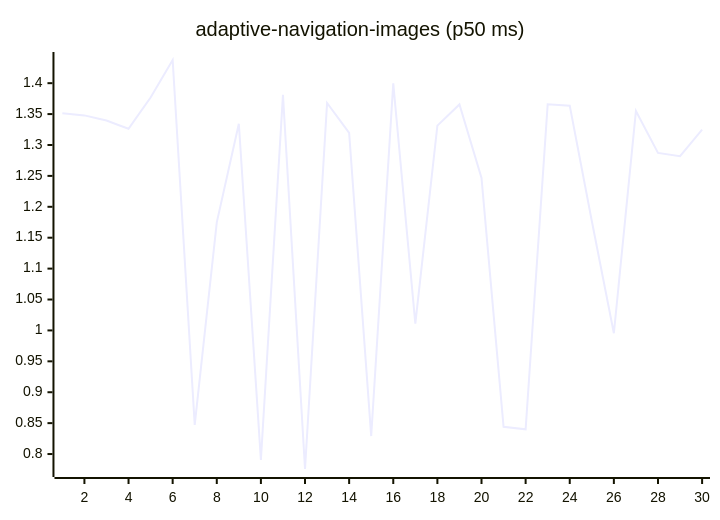
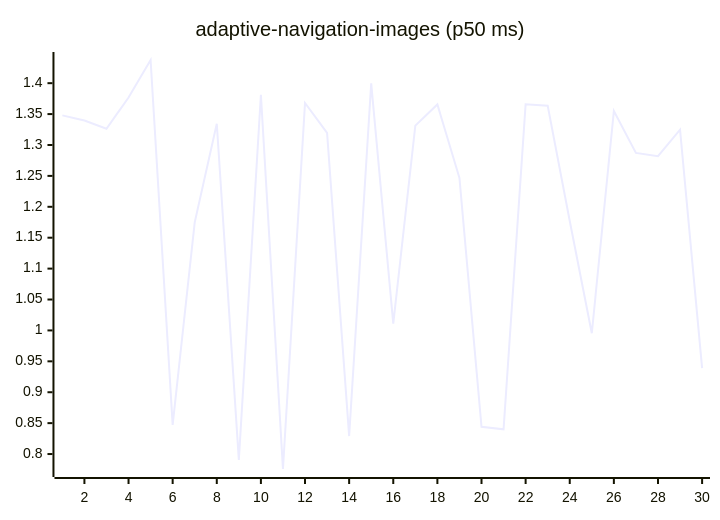
One commit to josha/Facet changed the first of 27 diagrams in README.md. Above: the diagram before and after it, drawn with Mermaid. The commit also changed other lines of this file and 2 other files, not shown here.

````diff
--- a/README.md
+++ b/README.md
@@ -63,6 +63,6 @@
 ```mermaid
 xychart-beta
     title "adaptive-navigation-images (p50 ms)"
     x-axis 1 --> 30
-    line [1.3515, 1.3479, 1.3395, 1.3263, 1.3769, 1.4375, 0.8471, 1.1748, 1.3343, 0.7905, 1.3810, 0.7758, 1.3680, 1.3197, 0.8291, 1.3996, 1.0110, 1.3313, 1.3656, 1.2466, 0.8441, 0.8400, 1.3659, 1.3636, 1.1770, 0.9954, 1.3550, 1.2872, 1.2820, 1.3247]
+    line [1.3479, 1.3395, 1.3263, 1.3769, 1.4375, 0.8471, 1.1748, 1.3343, 0.7905, 1.3810, 0.7758, 1.3680, 1.3197, 0.8291, 1.3996, 1.0110, 1.3313, 1.3656, 1.2466, 0.8441, 0.8400, 1.3659, 1.3636, 1.1770, 0.9954, 1.3550, 1.2872, 1.2820, 1.3247, 0.9391]
 ```
````
